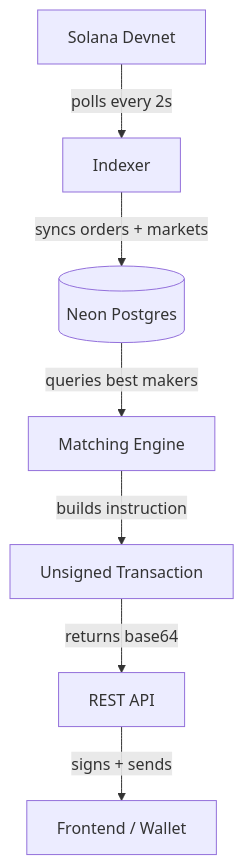
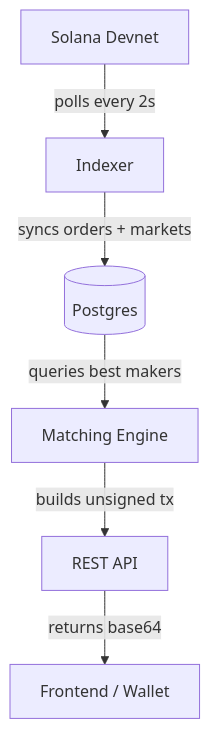
The diagram in README.md (CHA0S-LABS/ordr-backend), drawn with Mermaid before and after one commit. The commit also changed other lines of this file, not shown here.

````diff
--- a/README.md
+++ b/README.md
@@ -31,9 +35,8 @@
 ```mermaid
 flowchart TD
     A[Solana Devnet] -->|polls every 2s| B[Indexer]
-    B -->|syncs orders + markets| C[(Neon Postgres)]
+    B -->|syncs orders + markets| C[(Postgres)]
     C -->|queries best makers| D[Matching Engine]
-    D -->|builds instruction| E[Unsigned Transaction]
-    E -->|returns base64| F[REST API]
-    F -->|signs + sends| G[Frontend / Wallet]
+    D -->|builds unsigned tx| E[REST API]
+    E -->|returns base64| F[Frontend / Wallet]
 ```
````
